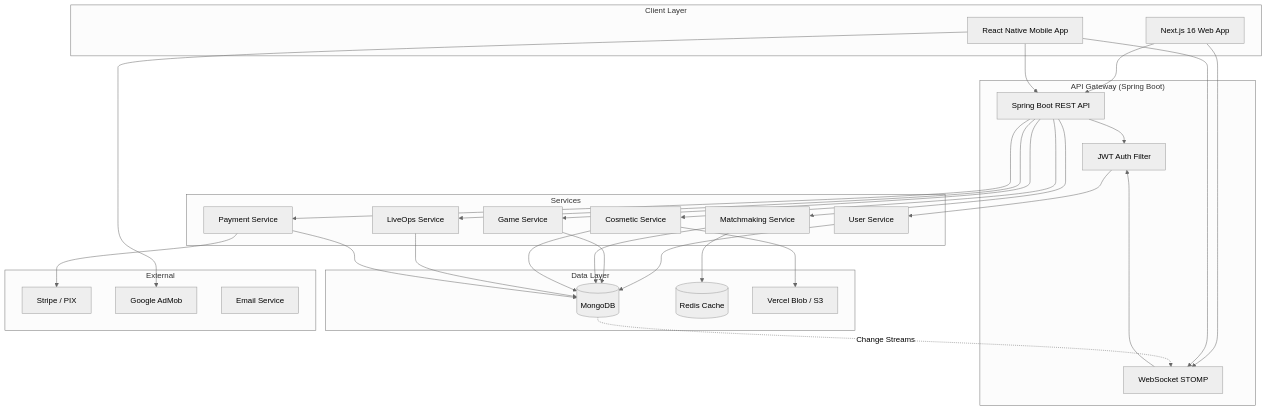
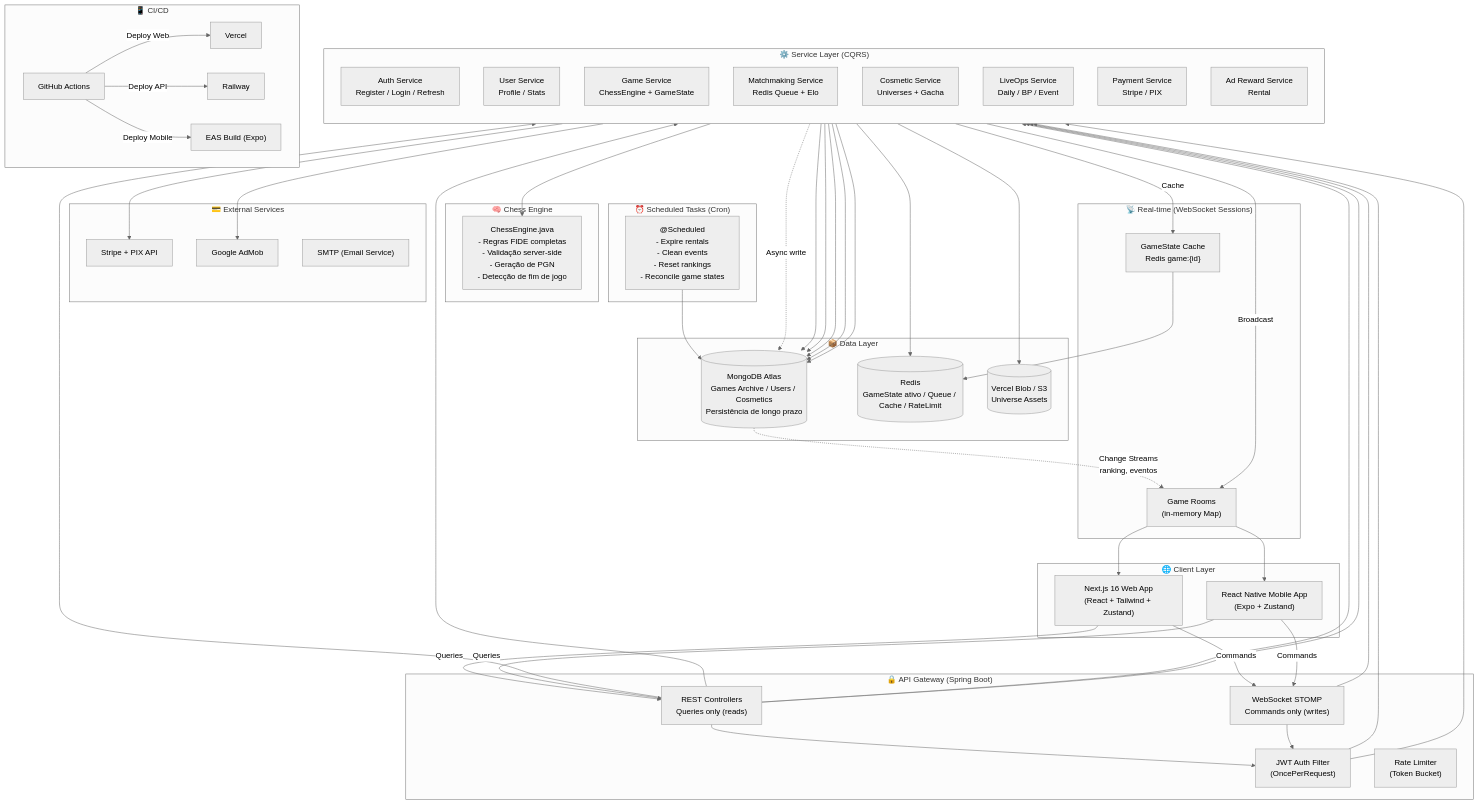
The second of 4 diagrams in Mockups/Projects/OmniChess/ARCHITECTURE.MD (victorsplat/Studies), drawn with Mermaid (neutral theme) before and after one commit. The commit also changed other lines of this file and 2 other files, not shown here.

````diff
--- a/Mockups/Projects/OmniChess/ARCHITECTURE.MD
+++ b/Mockups/Projects/OmniChess/ARCHITECTURE.MD
@@ -24,63 +90,97 @@
 ```mermaid
 graph TB
-    subgraph "Client Layer"
-        WEB[Next.js 16 Web App]
-        MOB[React Native Mobile App]
+    subgraph "🌐 Client Layer"
+        WEB["Next.js 16 Web App<br/>(React + Tailwind + Zustand)"]
+        MOB["React Native Mobile App<br/>(Expo + Zustand)"]
     end
 
-    subgraph "API Gateway (Spring Boot)"
-        API[Spring Boot REST API]
-        WS[WebSocket STOMP]
-        AUTH[JWT Auth Filter]
+    subgraph "🔒 API Gateway (Spring Boot)"
+        REST["REST Controllers<br/>Queries only (reads)"]
+        WS["WebSocket STOMP<br/>Commands only (writes)"]
+        AUTH["JWT Auth Filter<br/>(OncePerRequest)"]
+        RATE["Rate Limiter<br/>(Token Bucket)"]
+        REST --> AUTH
+        WS --> AUTH
     end
 
-    subgraph "Services"
-        US[User Service]
-        GS[Game Service]
-        MS[Matchmaking Service]
-        CS[Cosmetic Service]
-        LS[LiveOps Service]
-        PS[Payment Service]
+    subgraph "⚙️ Service Layer (CQRS)"
+        direction TB
+        S_AUTH["Auth Service<br/>Register / Login / Refresh"]
+        S_USER["User Service<br/>Profile / Stats"]
+        S_GAME["Game Service<br/>ChessEngine + GameState"]
+        S_MM["Matchmaking Service<br/>Redis Queue + Elo"]
+        S_COS["Cosmetic Service<br/>Universes + Gacha"]
+        S_LO["LiveOps Service<br/>Daily / BP / Event"]
+        S_PAY["Payment Service<br/>Stripe / PIX"]
+        S_AD["Ad Reward Service<br/>Rental"]
     end
 
-    subgraph "Data Layer"
-        MDB[(MongoDB)]
-        REDIS[(Redis Cache)]
-        BLOB[Vercel Blob / S3]
+    subgraph "🧠 Chess Engine"
+        ENGINE["ChessEngine.java<br/>- Regras FIDE completas<br/>- Validação server-side<br/>- Geração de PGN<br/>- Detecção de fim de jogo"]
     end
 
-    subgraph "External"
-        STRIPE[Stripe / PIX]
-        ADMOB[Google AdMob]
-        SMTP[Email Service]
+    subgraph "📦 Data Layer"
+        MDB[("MongoDB Atlas<br/>Games Archive / Users / Cosmetics<br/>Persistência de longo prazo")]
+        REDIS[("Redis<br/>GameState ativo / Queue / Cache / RateLimit")]
+        BLOB[("Vercel Blob / S3<br/>Universe Assets")]
     end
 
-    WEB --> API
-    WEB --> WS
-    MOB --> API
-    MOB --> WS
+    subgraph "📡 Real-time (WebSocket Sessions)"
+        WS_SESS["Game Rooms<br/>(in-memory Map<String, GameRoom>)"]
+        GS_STATE["GameState Cache<br/>Redis game:{id}"]
+    end
 
-    API --> AUTH
-    WS --> AUTH
+    subgraph "💳 External Services"
+        STRIPE["Stripe + PIX API"]
+        ADMOB["Google AdMob"]
+        SMTP["SMTP (Email Service)"]
+    end
 
-    AUTH --> US
-    API --> GS
-    API --> MS
-    API --> CS
-    API --> LS
-    API --> PS
+    subgraph "⏰ Scheduled Tasks (Cron)"
+        CRON["@Scheduled<br/>- Expire rentals<br/>- Clean events<br/>- Reset rankings<br/>- Reconcile game states"]
+    end
 
-    US --> MDB
-    GS --> MDB
-    MS --> REDIS
-    MS --> MDB
-    CS --> MDB
-    CS --> BLOB
-    LS --> MDB
-    PS --> STRIPE
-    PS --> MDB
+    subgraph "📱 CI/CD"
+        GH["GitHub Actions"]
+        GH -->|Deploy Web| VERCEL["Vercel"]
+        GH -->|Deploy API| RAILWAY["Railway"]
+        GH -->|Deploy Mobile| EAS["EAS Build (Expo)"]
+    end
 
-    MOB --> ADMOB
+    %% Caminho crítico: Jogada em tempo real (via WebSocket direto)
+    WEB -->|Commands| WS
+    MOB -->|Commands| WS
+    WS --> S_GAME
+    S_GAME --> ENGINE
+    S_GAME -->|Broadcast| WS_SESS
+    WS_SESS --> WEB
+    WS_SESS --> MOB
+    S_GAME -->|Cache| GS_STATE
+    GS_STATE --> REDIS
 
-    MDB -.->|Change Streams| WS
+    %% Caminho de leitura (REST)
+    WEB -->|Queries| REST
+    MOB -->|Queries| REST
+    AUTH --> S_AUTH
+    AUTH --> S_USER
+    REST --> S_USER
+    REST --> S_COS
+    REST --> S_LO
+    REST --> S_MM
+
+    %% Persistência assíncrona
+    S_GAME -.->|Async write| MDB
+    S_USER --> MDB
+    S_MM --> REDIS
+    S_MM --> MDB
+    S_COS --> MDB
+    S_COS --> BLOB
+    S_LO --> MDB
+    S_PAY --> STRIPE
+    S_PAY --> MDB
+    S_AD --> ADMOB
+    CRON --> MDB
+
+    %% Change Streams para eventos não-críticos
+    MDB -.->|Change Streams<br>ranking, eventos| WS_SESS
 ```
````
